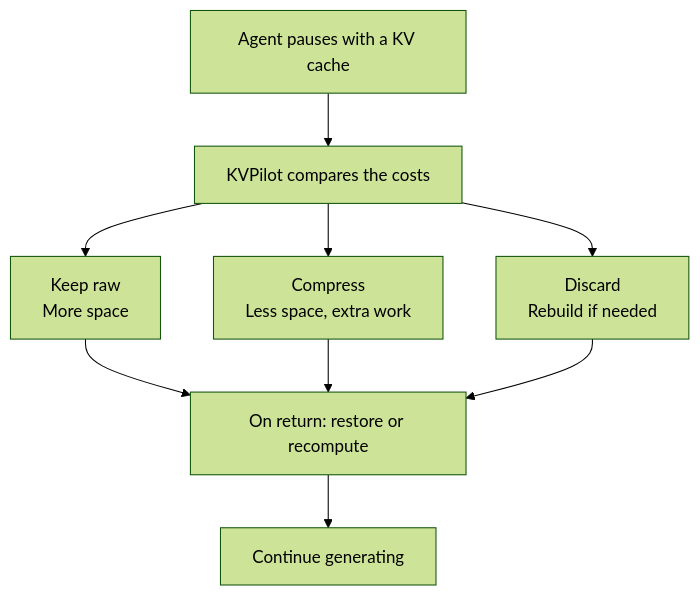
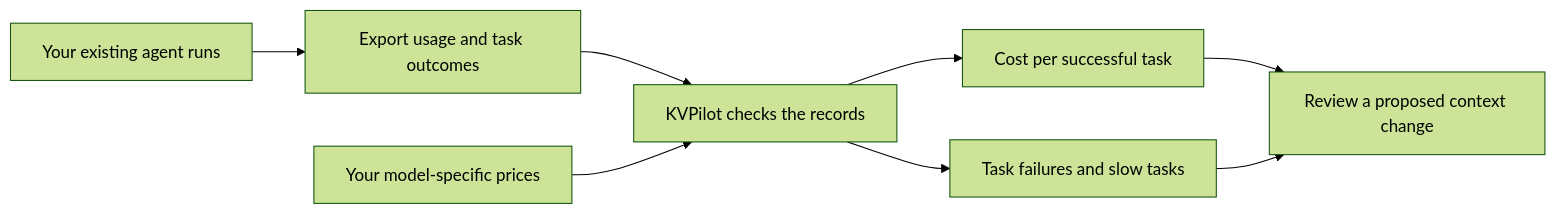
Before and after one commit to Harshelite2503/kvpilot: the first of 2 diagrams in README.md, drawn with Mermaid (forest theme). The commit also changed other lines of this file and 20 other files, not shown here.

Commit message:
Add local context-cost audits and paired regression gates

````diff
--- a/README.md
+++ b/README.md
@@ -23,11 +15,10 @@
 ```mermaid
-flowchart TD
-    A["Agent pauses with a KV cache"] --> D["KVPilot compares the costs"]
-    D --> R["Keep raw<br/>More space"]
-    D --> Q["Compress<br/>Less space, extra work"]
-    D --> X["Discard<br/>Rebuild if needed"]
-    R --> S["On return: restore or recompute"]
-    Q --> S
-    X --> S
-    S --> W["Continue generating"]
+flowchart LR
+    A["Your existing agent runs"] --> B["Export usage and task outcomes"]
+    B --> C["KVPilot checks the records"]
+    P["Your model-specific prices"] --> C
+    C --> D["Cost per successful task"]
+    C --> E["Task failures and slow tasks"]
+    D --> F["Review a proposed context change"]
+    E --> F
 ```
````
